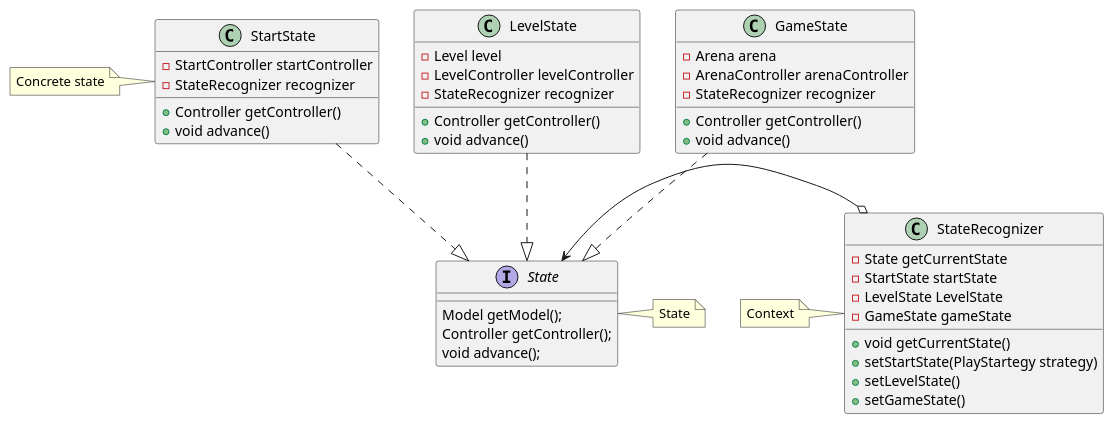
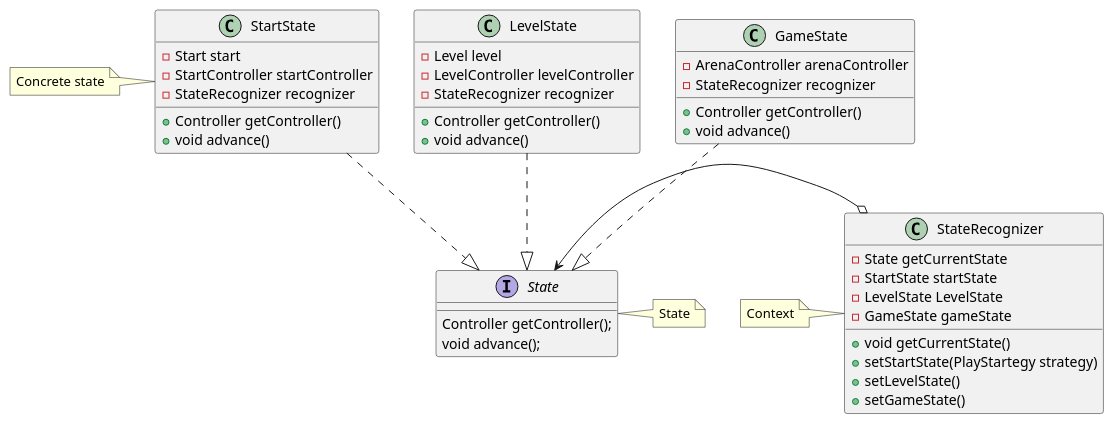
One commit to TsarkFC/lpoo-proj changed the diagram in docs/uml/State.puml. Above: the diagram before and after it, drawn with PlantUML. The commit also changed 15 other files, not shown here.

```diff
--- a/docs/uml/State.puml
+++ b/docs/uml/State.puml
@@ -1,58 +1,57 @@
 @startuml state
 
 interface State {
-    Model getModel();
     Controller getController();
     void advance();
 }
 note right
 State
 end note
 
 class StateRecognizer{
     - State getCurrentState
     - StartState startState
     - LevelState LevelState
     - GameState gameState
     + void getCurrentState()
     + setStartState(PlayStartegy strategy)
     + setLevelState()
     + setGameState()
 }
 note left
 Context
 end note
 
 class StartState{
+    - Start start
     - StartController startController
     - StateRecognizer recognizer
     + Controller getController()
     + void advance()
 }
 note left
 Concrete state
 end note
 class LevelState{
     - Level level
     - LevelController levelController
     - StateRecognizer recognizer
     + Controller getController()
     + void advance()
 }
 class GameState{
-    - Arena arena
     - ArenaController arenaController
     - StateRecognizer recognizer
     + Controller getController()
     + void advance()
 }
 
 
 State <-right-o StateRecognizer
 
 skinparam groupInheritance 3
 
 StartState ..|> State
 LevelState..|> State
 GameState ..|> State
 @enduml
```
